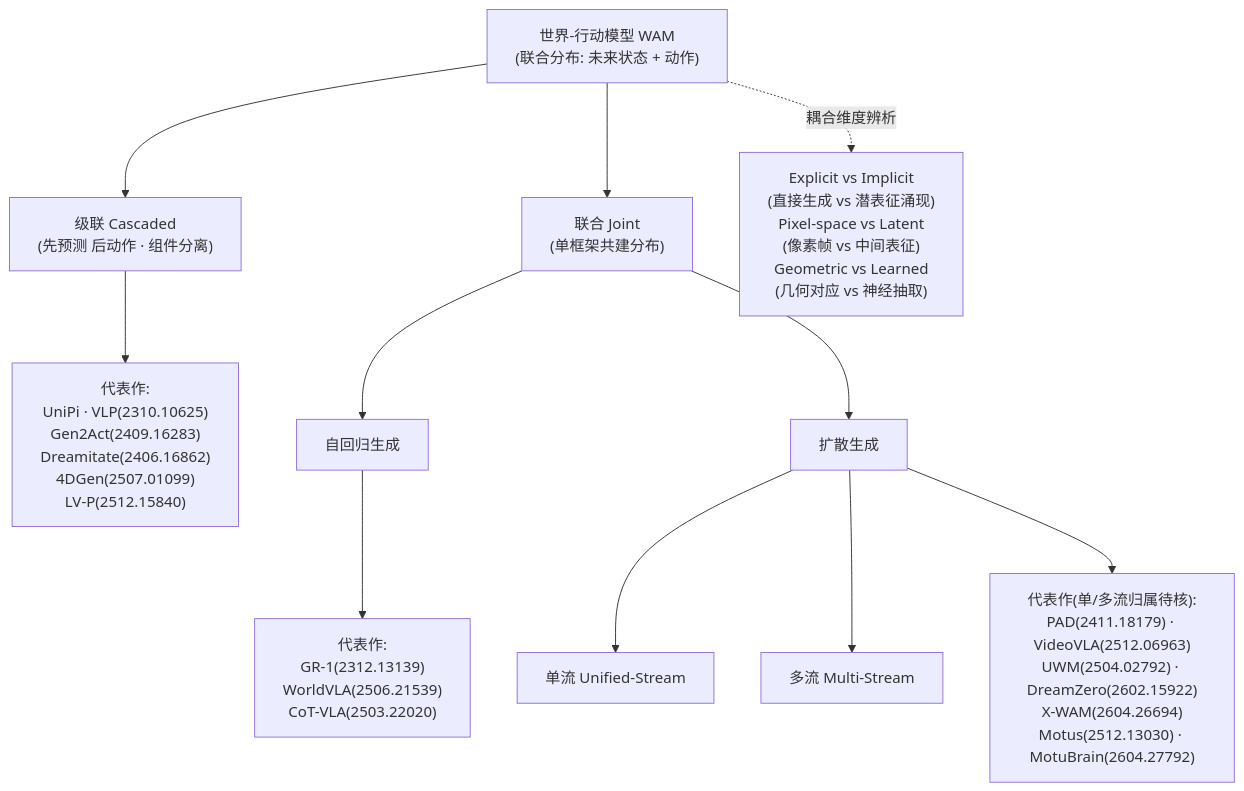
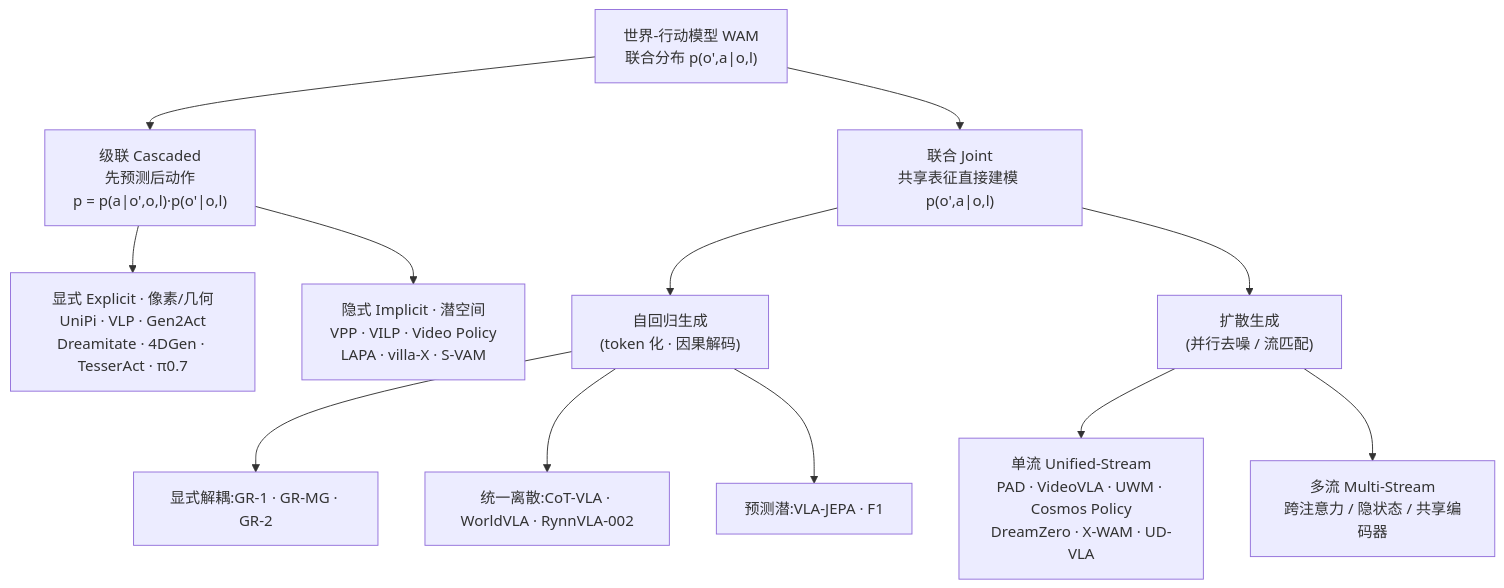
The diagram in docs/wam/index.md (ZhuYun97/embodied-ai-learning), drawn with Mermaid before and after one commit. The commit also changed other lines of this file and 3 other files, not shown here.

Commit message:
按 WAM 综述全文(2605.12090)深化总览:形式化定义+概念辨析+taxonomy细化到叶+数据/评测具名+DreamZero补 Wan2.1 等;纠偏 VPP/WorldVLA 归类

````diff
--- a/docs/wam/index.md
+++ b/docs/wam/index.md
@@ -119,20 +115,20 @@
 ```mermaid
 flowchart TD
-    WAM["世界-行动模型 WAM<br/>(联合分布: 未来状态 + 动作)"]
+    WAM["世界-行动模型 WAM<br/>联合分布 p(o',a|o,l)"]
 
-    WAM --> CAS["级联 Cascaded<br/>(先预测 后动作 · 组件分离)"]
-    WAM --> JOINT["联合 Joint<br/>(单框架共建分布)"]
+    WAM --> CAS["级联 Cascaded<br/>先预测后动作<br/>p = p(a|o',o,l)·p(o'|o,l)"]
+    WAM --> JOINT["联合 Joint<br/>共享表征直接建模 p(o',a|o,l)"]
 
-    CAS --> CAS_M["代表作:<br/>UniPi · VLP(2310.10625)<br/>Gen2Act(2409.16283)<br/>Dreamitate(2406.16862)<br/>4DGen(2507.01099)<br/>LV-P(2512.15840)"]
+    CAS --> CEXP["显式 Explicit · 像素/几何<br/>UniPi · VLP · Gen2Act<br/>Dreamitate · 4DGen · TesserAct · π0.7"]
+    CAS --> CIMP["隐式 Implicit · 潜空间<br/>VPP · VILP · Video Policy<br/>LAPA · villa-X · S-VAM"]
 
-    JOINT --> AR["自回归生成"]
-    JOINT --> DIFF["扩散生成"]
+    JOINT --> AR["自回归生成<br/>(token 化 · 因果解码)"]
+    JOINT --> DIFF["扩散生成<br/>(并行去噪 / 流匹配)"]
 
-    AR --> AR_M["代表作:<br/>GR-1(2312.13139)<br/>WorldVLA(2506.21539)<br/>CoT-VLA(2503.22020)"]
+    AR --> ARE["显式解耦:GR-1 · GR-MG · GR-2"]
+    AR --> ARU["统一离散:CoT-VLA · WorldVLA · RynnVLA-002"]
+    AR --> ARP["预测潜:VLA-JEPA · F1"]
 
-    DIFF --> UNI["单流 Unified-Stream"]
-    DIFF --> MULTI["多流 Multi-Stream"]
-    DIFF --> DIFF_M["代表作(单/多流归属待核):<br/>PAD(2411.18179) · VideoVLA(2512.06963)<br/>UWM(2504.02792) · DreamZero(2602.15922)<br/>X-WAM(2604.26694)<br/>Motus(2512.13030) · MotuBrain(2604.27792)"]
-
-    WAM -.耦合维度辨析.-> DIM["Explicit vs Implicit<br/>(直接生成 vs 潜表征涌现)<br/>Pixel-space vs Latent<br/>(像素帧 vs 中间表征)<br/>Geometric vs Learned<br/>(几何对应 vs 神经抽取)"]
+    DIFF --> UNI["单流 Unified-Stream<br/>PAD · VideoVLA · UWM · Cosmos Policy<br/>DreamZero · X-WAM · UD-VLA"]
+    DIFF --> MUL["多流 Multi-Stream<br/>跨注意力 / 隐状态 / 共享编码器"]
 ```
````
